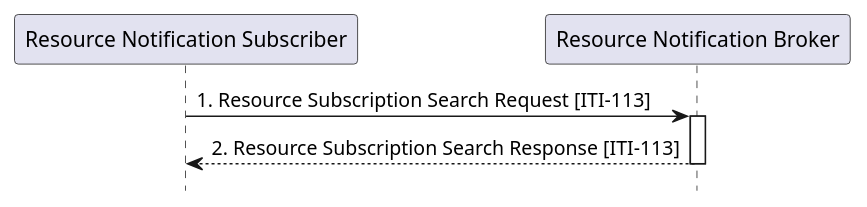
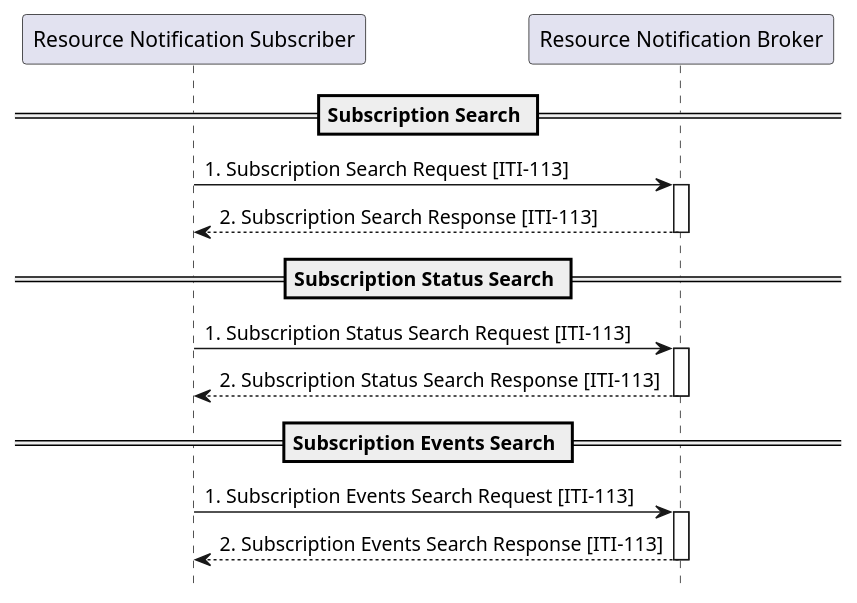
The diagram in input/images-source/ITI-113-Subscription-seq.plantuml (IHE/ITI.DSUBm), drawn with PlantUML before and after one commit. The commit also changed 4 other files, not shown here.

```diff
--- a/input/images-source/ITI-113-Subscription-seq.plantuml
+++ b/input/images-source/ITI-113-Subscription-seq.plantuml
@@ -1,14 +1,26 @@
 @startuml
 hide footbox
 participant "Resource Notification Subscriber" as  Subscriber
 participant "Resource Notification Broker" as  Broker
 
 
+== Subscription Search ==
+Subscriber -> Broker : 1. Subscription Search Request [ITI-113]
+activate Broker
+Broker --> Subscriber : 2. Subscription Search Response [ITI-113]
+deactivate Broker
 
-Subscriber -> Broker : 1. Resource Subscription Search Request [ITI-113]
+== Subscription Status Search ==
+Subscriber -> Broker : 1. Subscription Status Search Request [ITI-113]
 activate Broker
-Broker --> Subscriber : 2. Resource Subscription Search Response [ITI-113]
+Broker --> Subscriber : 2. Subscription Status Search Response [ITI-113]
+deactivate Broker
+
+== Subscription Events Search ==
+Subscriber -> Broker : 1. Subscription Events Search Request [ITI-113]
+activate Broker
+Broker --> Subscriber : 2. Subscription Events Search Response [ITI-113]
 
 deactivate Broker
 
 @enduml
```
